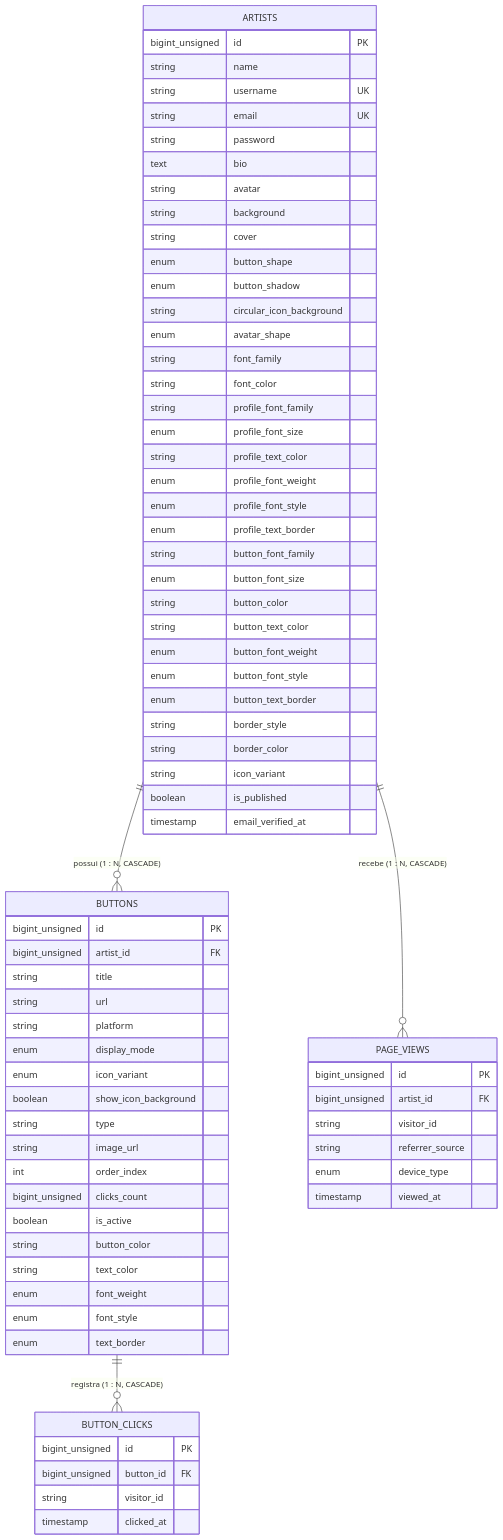
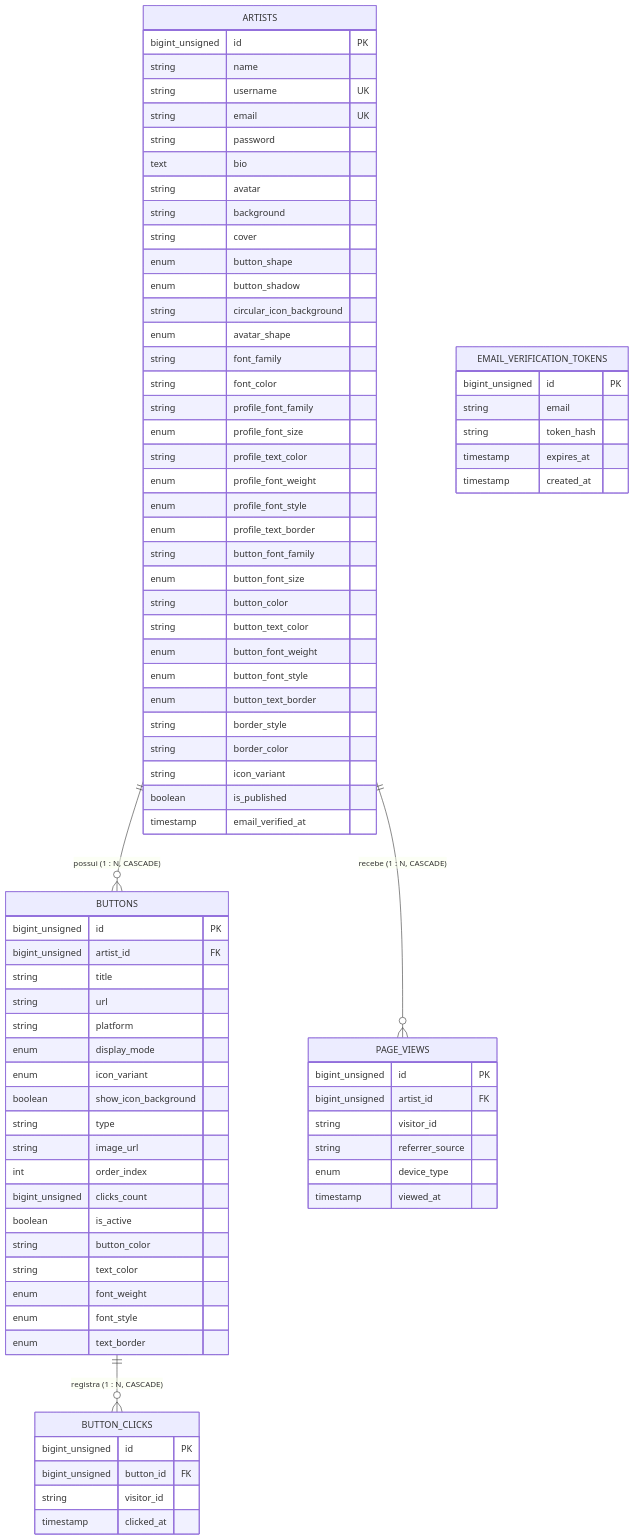
One commit to pinhogo/assinart_v1-back changed the diagram in context/api_contracts.md. Above: the diagram before and after it, drawn with Mermaid. The commit also changed other lines of this file and 1 other file, not shown here.

Commit message:
docs(API-20): document email_verification_tokens and email verify/resend contracts

```diff
--- a/context/api_contracts.md
+++ b/context/api_contracts.md
@@ -564,6 +594,14 @@
         bigint_unsigned button_id FK
         string visitor_id
         timestamp clicked_at
+    }
+
+    EMAIL_VERIFICATION_TOKENS {
+        bigint_unsigned id PK
+        string email
+        string token_hash
+        timestamp expires_at
+        timestamp created_at
     }
 
     ARTISTS {
```
